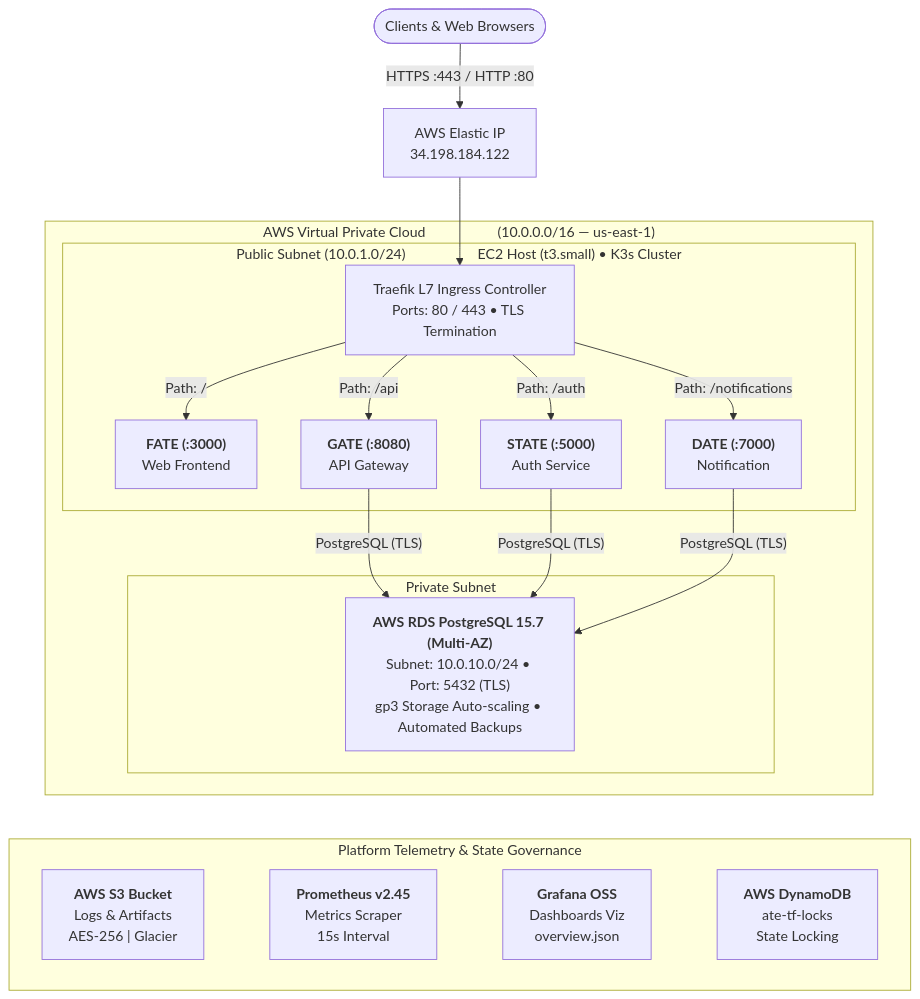
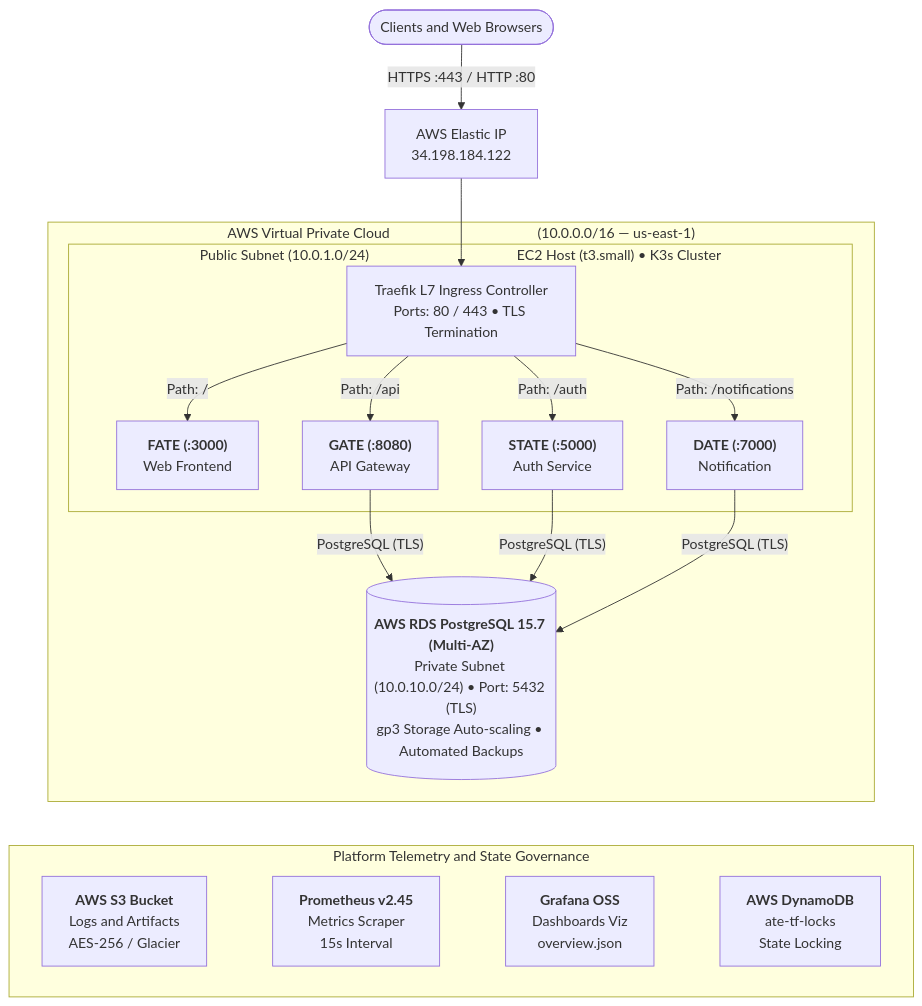
The first of 2 diagrams in README.md (manveer-syan/k3s-opentofu-production-boilerplate), drawn with Mermaid before and after one commit. The commit also changed other lines of this file, not shown here.

Commit message:
docs: streamline architecture diagram and eliminate entity limits for GitLab rendering

````diff
--- a/README.md
+++ b/README.md
@@ -44,35 +44,33 @@
 ```mermaid
 flowchart TD
-    Client([Clients & Web Browsers]) -->|"HTTPS :443 / HTTP :80"| EIP["AWS Elastic IP<br/>34.198.184.122"]
-    EIP --> Traefik["Traefik L7 Ingress Controller<br/>Ports: 80 / 443 &bull; TLS Termination"]
+    Client([Clients and Web Browsers]) -->|"HTTPS :443 / HTTP :80"| EIP["AWS Elastic IP<br/>34.198.184.122"]
+    EIP --> Traefik["Traefik L7 Ingress Controller<br/>Ports: 80 / 443 • TLS Termination"]
 
-    subgraph VPC ["AWS Virtual Private Cloud&nbsp;&nbsp;&nbsp;&nbsp;&nbsp;&nbsp;&nbsp;&nbsp;&nbsp;&nbsp;&nbsp;&nbsp;&nbsp;&nbsp;&nbsp;&nbsp;&nbsp;&nbsp;&nbsp;&nbsp;(10.0.0.0/16 — us-east-1)"]
-        subgraph PublicSubnet ["Public Subnet (10.0.1.0/24)&nbsp;&nbsp;&nbsp;&nbsp;&nbsp;&nbsp;&nbsp;&nbsp;&nbsp;&nbsp;&nbsp;&nbsp;&nbsp;&nbsp;&nbsp;&nbsp;&nbsp;&nbsp;&nbsp;&nbsp;EC2 Host (t3.small) &bull; K3s Cluster"]
+    subgraph VPC ["AWS Virtual Private Cloud              (10.0.0.0/16 — us-east-1)"]
+        subgraph PublicSubnet ["Public Subnet (10.0.1.0/24)              EC2 Host (t3.small) • K3s Cluster"]
             Traefik -->|"Path: /"| FATE["<b>FATE (:3000)</b><br/>Web Frontend"]
             Traefik -->|"Path: /api"| GATE["<b>GATE (:8080)</b><br/>API Gateway"]
             Traefik -->|"Path: /auth"| STATE["<b>STATE (:5000)</b><br/>Auth Service"]
             Traefik -->|"Path: /notifications"| DATE["<b>DATE (:7000)</b><br/>Notification"]
         end
 
-        subgraph PrivateSubnet ["Private Subnet"]
-            RDS["<b>AWS RDS PostgreSQL 15.7 (Multi-AZ)</b><br/>Subnet: 10.0.10.0/24 &bull; Port: 5432 (TLS)<br/>gp3 Storage Auto-scaling &bull; Automated Backups"]
-        end
+        RDS[("<b>AWS RDS PostgreSQL 15.7 (Multi-AZ)</b><br/>Private Subnet (10.0.10.0/24) • Port: 5432 (TLS)<br/>gp3 Storage Auto-scaling • Automated Backups")]
 
         FATE ~~~ RDS
         GATE -->|"PostgreSQL (TLS)"| RDS
         STATE -->|"PostgreSQL (TLS)"| RDS
         DATE -->|"PostgreSQL (TLS)"| RDS
     end
 
-    subgraph Platform ["Platform Telemetry & State Governance"]
+    subgraph Platform ["Platform Telemetry and State Governance"]
         direction LR
-        S3["<b>AWS S3 Bucket</b><br/>Logs & Artifacts<br/>AES-256 | Glacier"]
+        S3["<b>AWS S3 Bucket</b><br/>Logs and Artifacts<br/>AES-256 / Glacier"]
         Prom["<b>Prometheus v2.45</b><br/>Metrics Scraper<br/>15s Interval"]
         Graf["<b>Grafana OSS</b><br/>Dashboards Viz<br/>overview.json"]
         Dynamo["<b>AWS DynamoDB</b><br/>ate-tf-locks<br/>State Locking"]
 
         S3 ~~~ Prom ~~~ Graf ~~~ Dynamo
     end
 
-    PrivateSubnet ~~~ Platform
+    RDS ~~~ Platform
 ```
````
